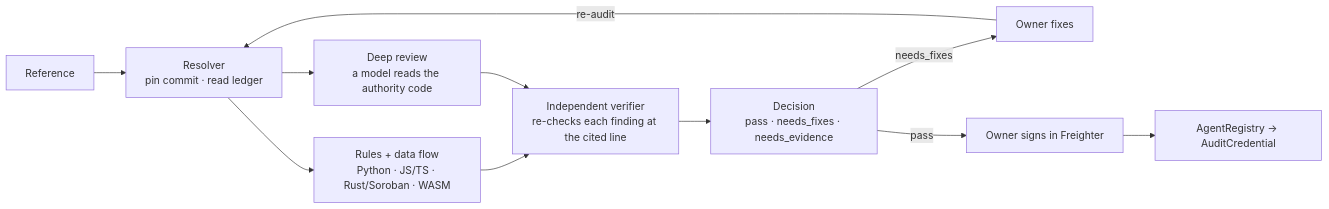
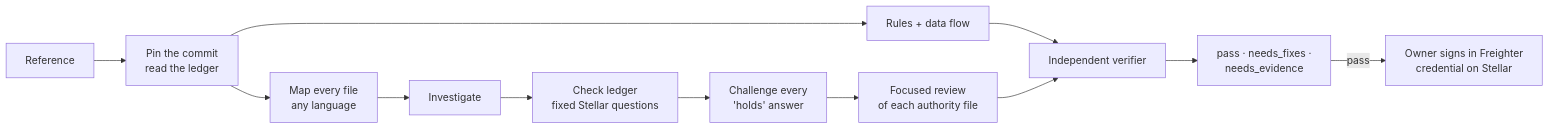
Before and after one commit to furkan3152/Touchmark_agent: the diagram in README.md, drawn with Mermaid. The commit also changed other lines of this file, not shown here.

First line of the commit message:
Rewrite the README around the current audit and real-defect measurements

````diff
--- a/README.md
+++ b/README.md
@@ -89,11 +53,12 @@
 ```mermaid
 flowchart LR
-    R["Reference"] --> RES["Resolver<br/>pin commit · read ledger"]
-    RES --> RULES["Rules + data flow<br/>Python · JS/TS · Rust/Soroban · WASM"]
-    RES --> AI["Deep review<br/>a model reads the authority code"]
-    RULES --> VER["Independent verifier<br/>re-checks each finding at the cited line"]
-    AI --> VER
-    VER --> DEC["Decision<br/>pass · needs_fixes · needs_evidence"]
-    DEC -->|"needs_fixes"| FIX["Owner fixes"] -->|"re-audit"| RES
-    DEC -->|"pass"| SIGN["Owner signs in Freighter"] --> CHAIN["AgentRegistry → AuditCredential"]
+    R["Reference"] --> P["Pin the commit<br/>read the ledger"]
+    P --> RULES["Rules + data flow"]
+    P --> MAP["Map every file<br/>any language"]
+    MAP --> INV["Investigate"] --> LEDGER["Check ledger<br/>fixed Stellar questions"]
+    LEDGER --> CH["Challenge every<br/>'holds' answer"] --> UNIT["Focused review<br/>of each authority file"]
+    RULES --> VER["Independent verifier"]
+    UNIT --> VER
+    VER --> DEC["pass · needs_fixes ·<br/>needs_evidence"]
+    DEC -->|pass| CHAIN["Owner signs in Freighter<br/>credential on Stellar"]
 ```
````
